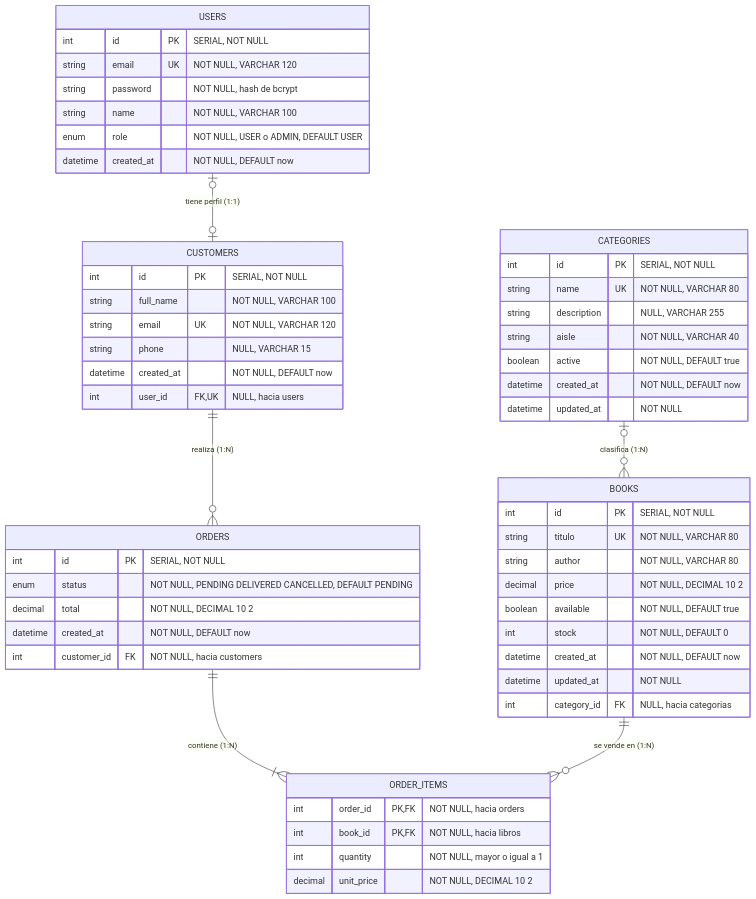
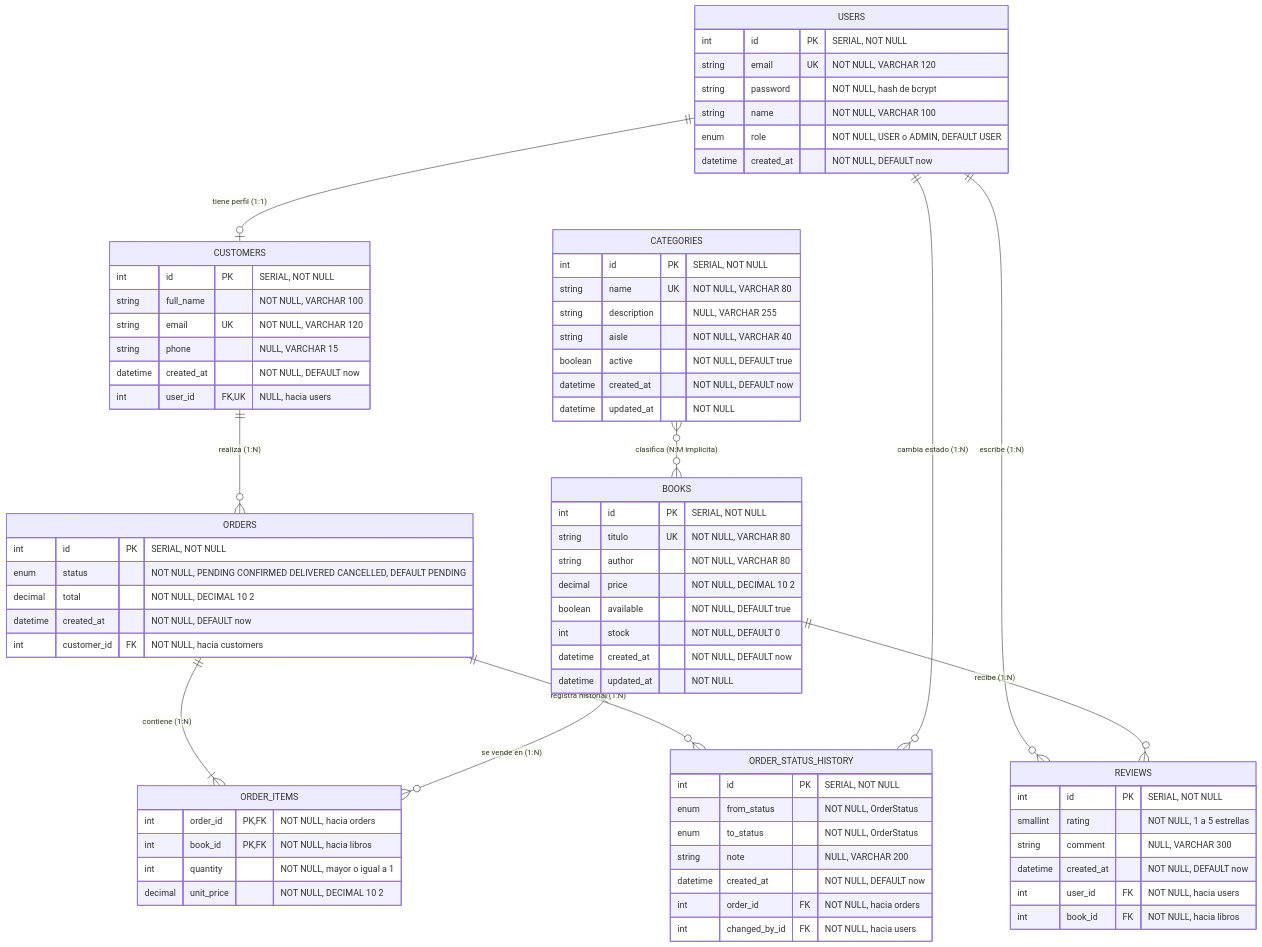
The diagram in MODELO_ER.md (joseanxs/G03_Lab1_Libreria), drawn with Mermaid before and after one commit. The commit also changed other lines of this file and 24 other files, not shown here.

````diff
--- a/MODELO_ER.md
+++ b/MODELO_ER.md
@@ -7,10 +7,14 @@
 ```mermaid
 erDiagram
-    USERS |o--o| CUSTOMERS : "tiene perfil (1:1)"
-    CATEGORIES |o--o{ BOOKS : "clasifica (1:N)"
+    USERS ||--o| CUSTOMERS : "tiene perfil (1:1)"
+    CATEGORIES }o--o{ BOOKS : "clasifica (N:M implicita)"
     CUSTOMERS ||--o{ ORDERS : "realiza (1:N)"
     ORDERS ||--|{ ORDER_ITEMS : "contiene (1:N)"
     BOOKS ||--o{ ORDER_ITEMS : "se vende en (1:N)"
+    USERS ||--o{ REVIEWS : "escribe (1:N)"
+    BOOKS ||--o{ REVIEWS : "recibe (1:N)"
+    ORDERS ||--o{ ORDER_STATUS_HISTORY : "registra historial (1:N)"
+    USERS ||--o{ ORDER_STATUS_HISTORY : "cambia estado (1:N)"
 
     USERS {
         int id PK "SERIAL, NOT NULL"
@@ -49,12 +53,11 @@
         int stock "NOT NULL, DEFAULT 0"
         datetime created_at "NOT NULL, DEFAULT now"
         datetime updated_at "NOT NULL"
-        int category_id FK "NULL, hacia categorias"
     }
 
     ORDERS {
         int id PK "SERIAL, NOT NULL"
-        enum status "NOT NULL, PENDING DELIVERED CANCELLED, DEFAULT PENDING"
+        enum status "NOT NULL, PENDING CONFIRMED DELIVERED CANCELLED, DEFAULT PENDING"
         decimal total "NOT NULL, DECIMAL 10 2"
         datetime created_at "NOT NULL, DEFAULT now"
         int customer_id FK "NOT NULL, hacia customers"
@@ -66,4 +69,23 @@
         int quantity "NOT NULL, mayor o igual a 1"
         decimal unit_price "NOT NULL, DECIMAL 10 2"
     }
+
+    REVIEWS {
+        int id PK "SERIAL, NOT NULL"
+        smallint rating "NOT NULL, 1 a 5 estrellas"
+        string comment "NULL, VARCHAR 300"
+        datetime created_at "NOT NULL, DEFAULT now"
+        int user_id FK "NOT NULL, hacia users"
+        int book_id FK "NOT NULL, hacia libros"
+    }
+
+    ORDER_STATUS_HISTORY {
+        int id PK "SERIAL, NOT NULL"
+        enum from_status "NOT NULL, OrderStatus"
+        enum to_status "NOT NULL, OrderStatus"
+        string note "NULL, VARCHAR 200"
+        datetime created_at "NOT NULL, DEFAULT now"
+        int order_id FK "NOT NULL, hacia orders"
+        int changed_by_id FK "NOT NULL, hacia users"
+    }
 ```
````
